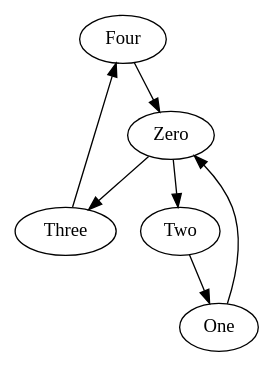
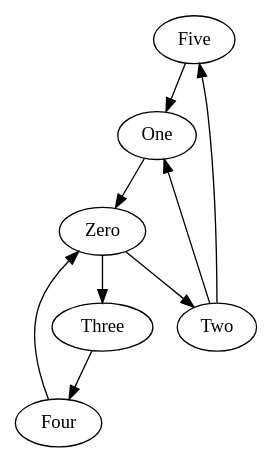
Before and after one commit to Georgilqlq/city_map_project: the diagram in project/Graph.dot, drawn with Graphviz. The commit also changed 5 other files, not shown here.

```diff
--- a/project/Graph.dot
+++ b/project/Graph.dot
@@ -1,8 +1,10 @@
 digraph visual{
+Five->One;
 Four->Zero;
 One->Zero;
 Three->Four;
+Two->Five;
 Two->One;
 Zero->Three;
 Zero->Two;
 }
```
